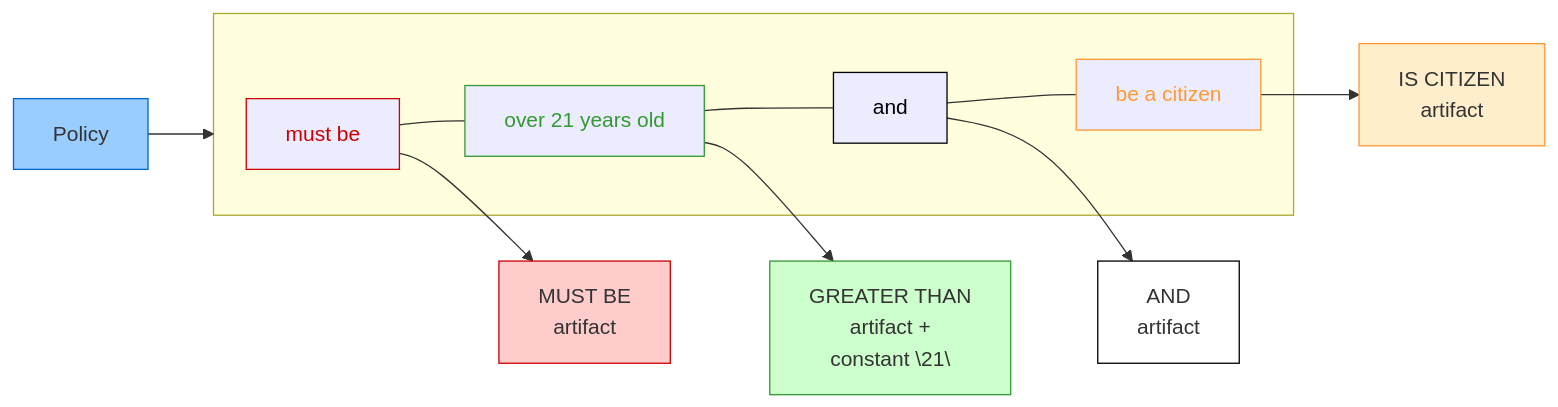
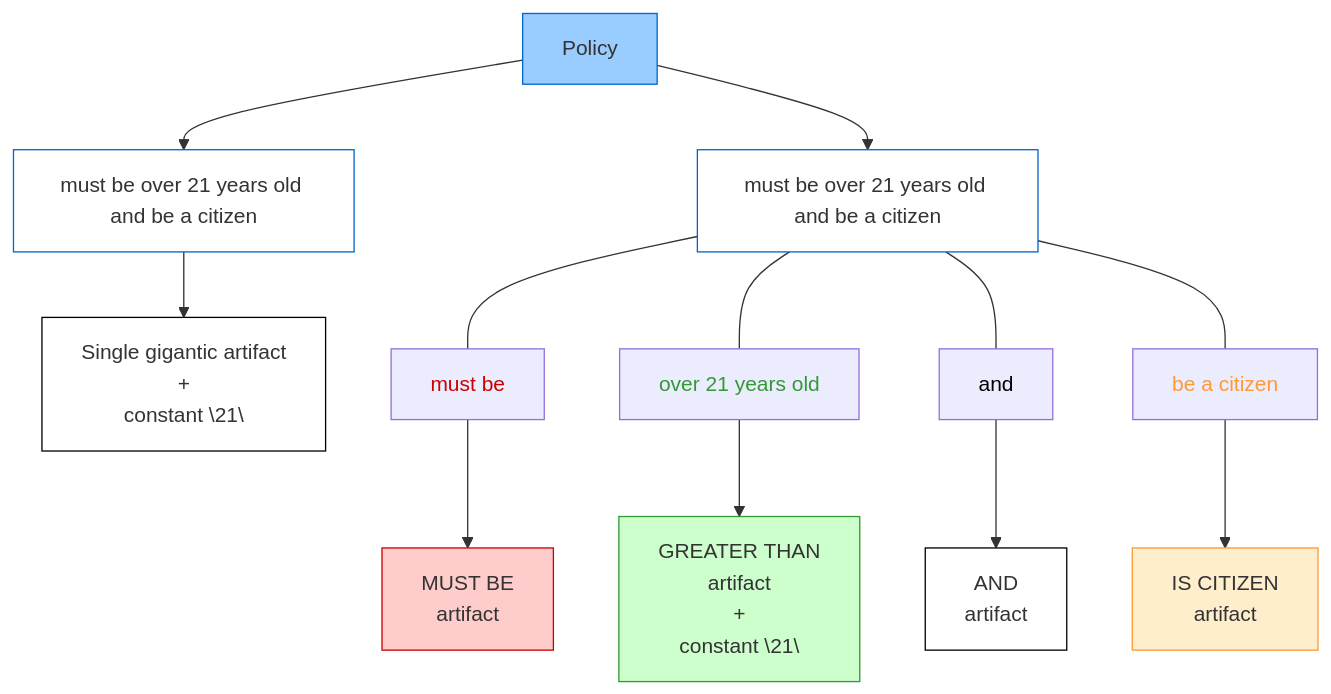
The diagram in ERCS/erc-draft_composite_policy.md (GuardianLabs/ERCs), drawn with Mermaid before and after one commit.

Commit message:
try chart edit

````diff
--- a/ERCS/erc-draft_composite_policy.md
+++ b/ERCS/erc-draft_composite_policy.md
@@ -44,39 +44,54 @@
 ```mermaid
-flowchart LR
-    %% Define nodes with appropriate shapes and colors
+flowchart TD
+    %% Define the policy node at the top
     Policy[Policy]:::policy
+    
+    %% Define the two approaches
+    SingleApproach[must be over 21 years old and be a citizen]:::box
+    ModularApproach[must be over 21 years old and be a citizen]:::box
+    
+    %% Define the single artifact implementation
+    SingleArtifact["Single gigantic artifact\n+\nconstant \"21\""]:::single
+    
+    %% Define modular artifact implementations
+    MustBe["MUST BE\nartifact"]:::mustbe
+    And["AND\nartifact"]:::and
+    GreaterThan["GREATER THAN\nartifact\n+\nconstant \"21\""]:::greater
+    IsCitizen["IS CITIZEN\nartifact"]:::citizen
+    
+    %% Define subcomponents in modular approach
     MustBeText[must be]:::redText
     Over21Text[over 21 years old]:::greenText
     AndText[and]:::blackText
     CitizenText[be a citizen]:::orangeText
     
-    %% Define artifact nodes
-    MustBe["MUST BE\nartifact"]:::mustbe
-    And["AND\nartifact"]:::and
-    GreaterThan["GREATER THAN\nartifact +\nconstant \"21\""]:::greater
-    IsCitizen["IS CITIZEN\nartifact"]:::citizen
+    %% Connect everything
+    Policy --> SingleApproach
+    Policy --> ModularApproach
     
-    %% Connect everything
-    Policy --> PolicyBox
+    SingleApproach --> SingleArtifact
     
-    subgraph PolicyBox [" "]
-        MustBeText --- Over21Text --- AndText --- CitizenText
-    end
+    ModularApproach --- MustBeText
+    ModularApproach --- Over21Text
+    ModularApproach --- AndText
+    ModularApproach --- CitizenText
     
     MustBeText --> MustBe
     AndText --> And
     Over21Text --> GreaterThan
     CitizenText --> IsCitizen
     
     %% Define styles for nodes
     classDef policy fill:#99ccff,stroke:#0066cc,shape:diamond
-    classDef mustbe fill:#ffcccc,stroke:#cc0000
-    classDef and fill:white,stroke:black
-    classDef greater fill:#ccffcc,stroke:#339933
-    classDef citizen fill:#ffeecc,stroke:#ff9933
+    classDef box fill:white,stroke:#0066cc,rounded:true
+    classDef single fill:white,stroke:black,rounded:true
+    classDef mustbe fill:#ffcccc,stroke:#cc0000,rounded:true
+    classDef and fill:white,stroke:black,rounded:true
+    classDef greater fill:#ccffcc,stroke:#339933,rounded:true
+    classDef citizen fill:#ffeecc,stroke:#ff9933,rounded:true
     
-    classDef redText color:#cc0000,stroke:#cc0000
-    classDef greenText color:#339933,stroke:#339933
-    classDef blackText color:black,stroke:black
-    classDef orangeText color:#ff9933,stroke:#ff9933
+    classDef redText color:#cc0000
+    classDef greenText color:#339933
+    classDef blackText color:black
+    classDef orangeText color:#ff9933
 ```
````
